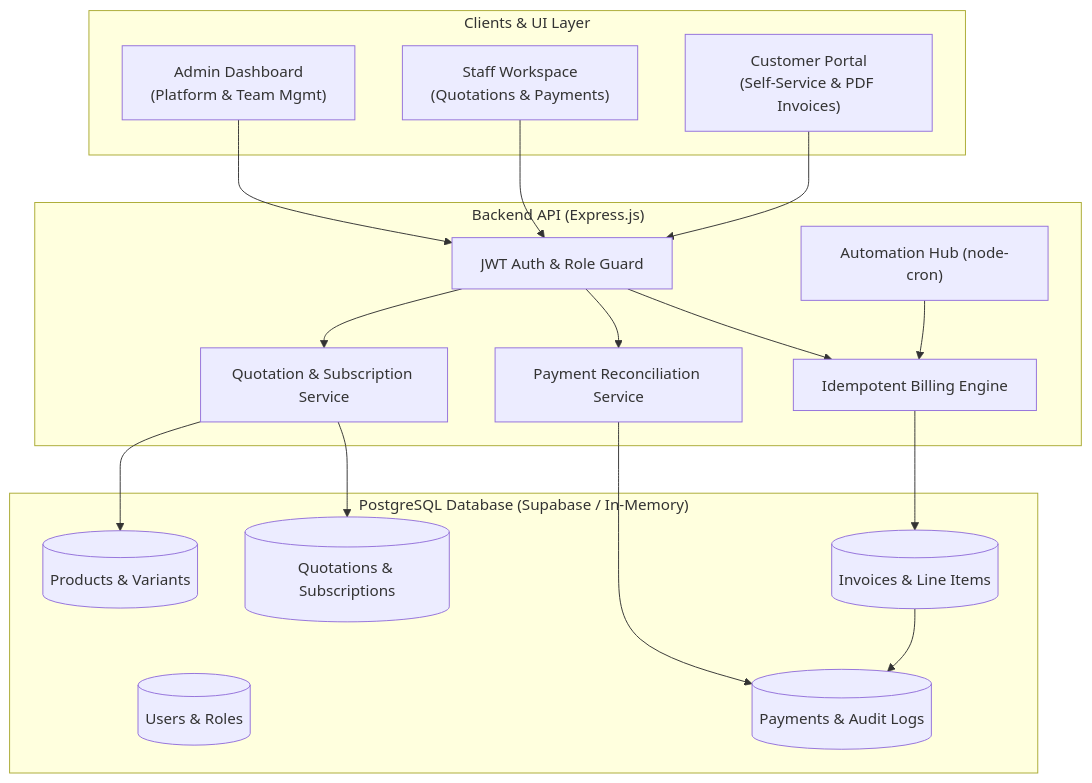
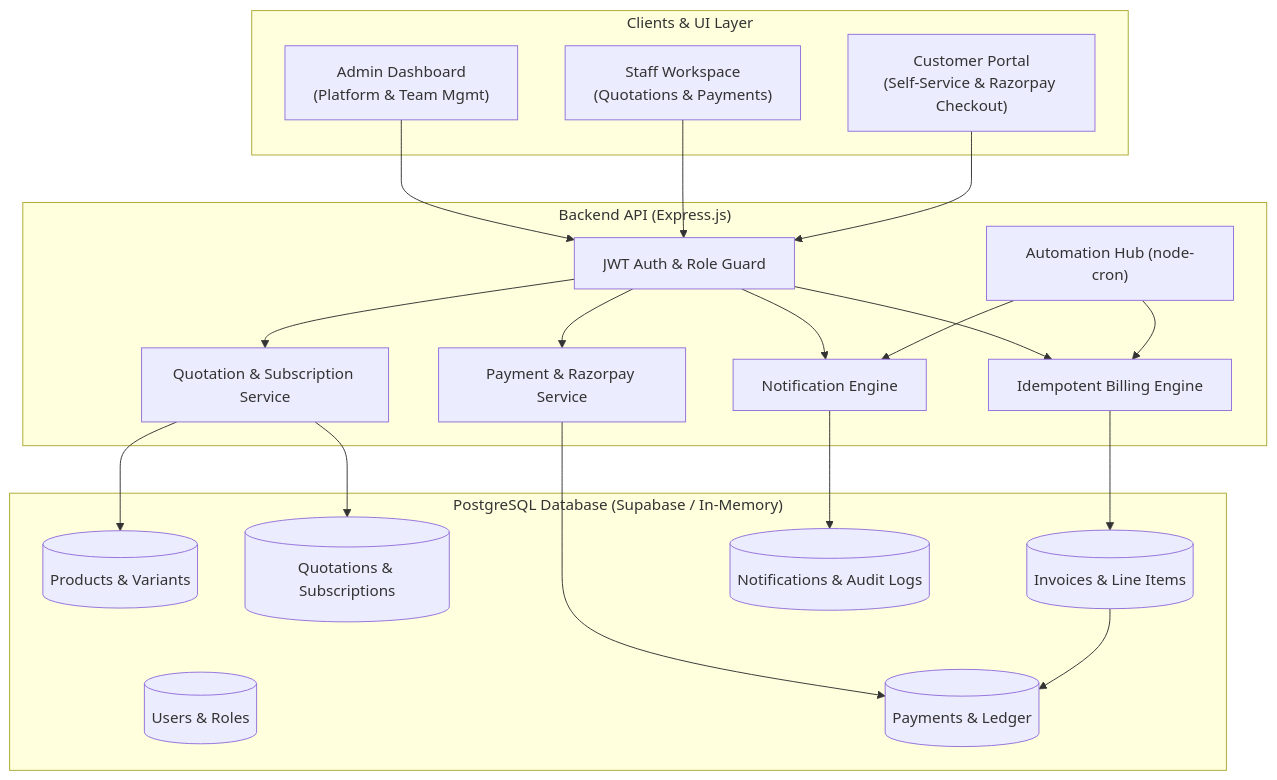
Before and after one commit to tc484472-byte/odoo: the first of 7 diagrams in README.md, drawn with Mermaid. The commit also changed other lines of this file and 17 other files, not shown here.

Commit message:
feat: customer self-service plans, razorpay integration, renewal notifications, updated readme

````diff
--- a/README.md
+++ b/README.md
@@ -157,37 +218,42 @@
 ```mermaid
 flowchart TD
     subgraph Clients["Clients & UI Layer"]
         A["Admin Dashboard\n(Platform & Team Mgmt)"]
         B["Staff Workspace\n(Quotations & Payments)"]
-        C["Customer Portal\n(Self-Service & PDF Invoices)"]
+        C["Customer Portal\n(Self-Service & Razorpay Checkout)"]
     end
 
     subgraph API["Backend API (Express.js)"]
         D["JWT Auth & Role Guard"]
         E["Quotation & Subscription Service"]
         F["Idempotent Billing Engine"]
-        G["Payment Reconciliation Service"]
-        H["Automation Hub (node-cron)"]
+        G["Payment & Razorpay Service"]
+        H["Notification Engine"]
+        I["Automation Hub (node-cron)"]
     end
 
     subgraph DB["PostgreSQL Database (Supabase / In-Memory)"]
-        I[("Users & Roles")]
-        J[("Products & Variants")]
-        K[("Quotations & Subscriptions")]
-        L[("Invoices & Line Items")]
-        M[("Payments & Audit Logs")]
+        J[("Users & Roles")]
+        K[("Products & Variants")]
+        L[("Quotations & Subscriptions")]
+        M[("Invoices & Line Items")]
+        N[("Payments & Ledger")]
+        O[("Notifications & Audit Logs")]
     end
 
     A --> D
     B --> D
     C --> D
     D --> E
     D --> F
     D --> G
-    H --> F
-    E --> J
+    D --> H
+    I --> F
+    I --> H
     E --> K
-    F --> L
-    G --> M
-    L --> M
+    E --> L
+    F --> M
+    G --> N
+    H --> O
+    M --> N
 ```
````
